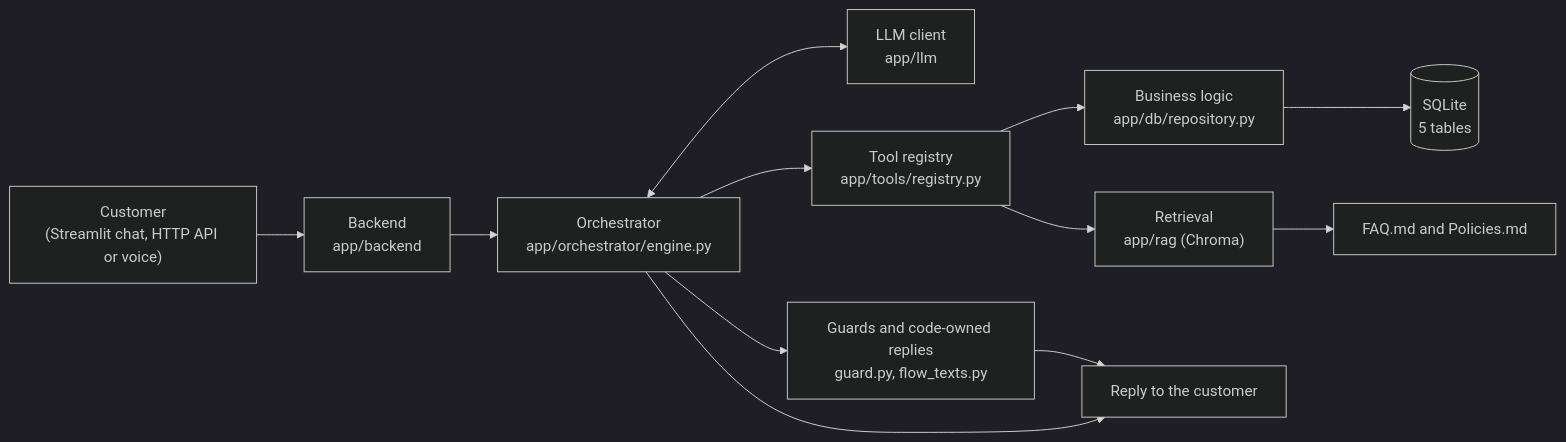
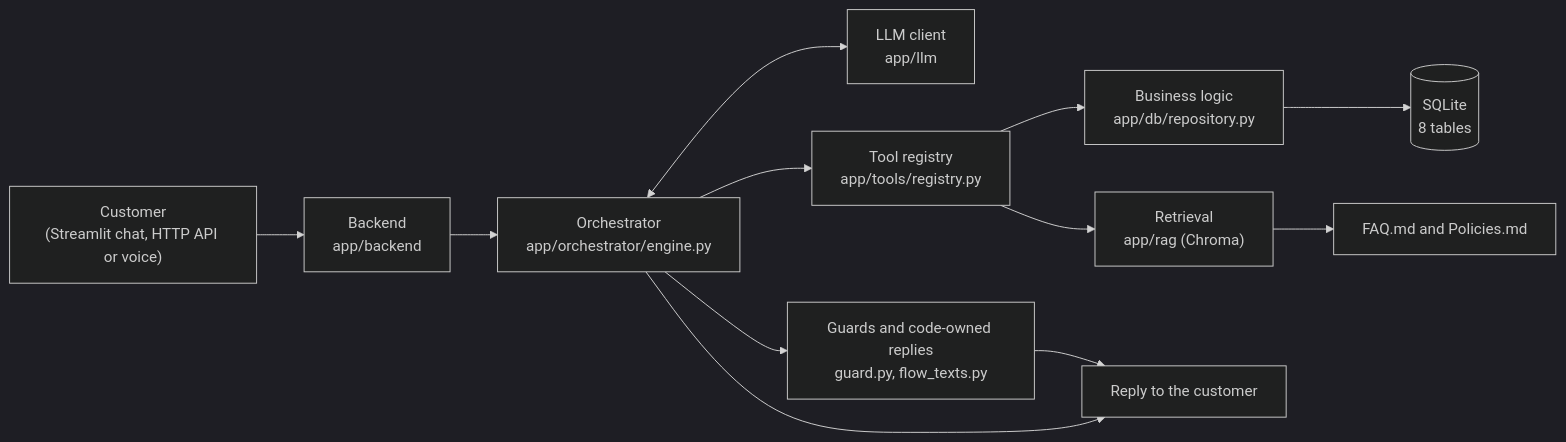
One commit to open-meadow/e-commerce-customer-assistant changed the diagram in docs/architecture.md. Above: the diagram before and after it, drawn with Mermaid (dark theme). The commit also changed other lines of this file and 50 other files, not shown here.

````diff
--- a/docs/architecture.md
+++ b/docs/architecture.md
@@ -15,14 +15,14 @@
 ```mermaid
 flowchart LR
     C["Customer<br/>(Streamlit chat, HTTP API or voice)"] --> B["Backend<br/>app/backend"]
     B --> O["Orchestrator<br/>app/orchestrator/engine.py"]
     O <--> L["LLM client<br/>app/llm"]
     O --> T["Tool registry<br/>app/tools/registry.py"]
     T --> BL["Business logic<br/>app/db/repository.py"]
     T --> R["Retrieval<br/>app/rag (Chroma)"]
-    BL --> D[("SQLite<br/>5 tables")]
+    BL --> D[("SQLite<br/>8 tables")]
     R --> K["FAQ.md and Policies.md"]
     O --> G["Guards and code-owned replies<br/>guard.py, flow_texts.py"]
     G --> RES["Reply to the customer"]
     O --> RES
 ```
````
